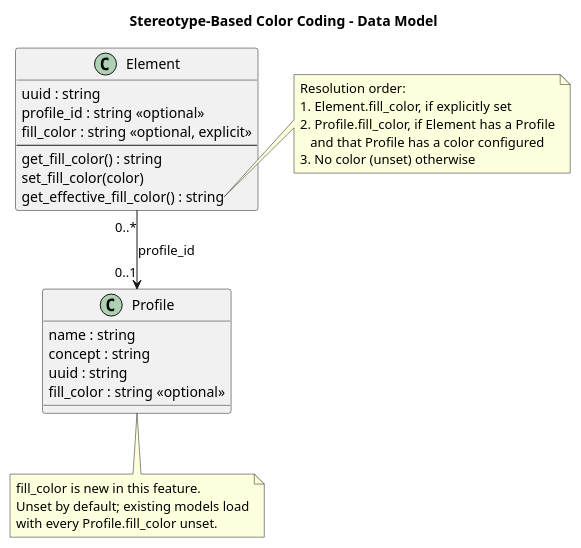
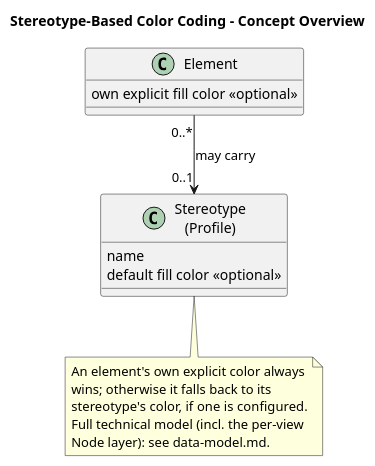
Before and after one commit to pyArchimate/pyArchimate: the sixth of 7 diagrams in specs/017-stereotype-colors/spec.md, drawn with PlantUML. The commit also changed other lines of this file, not shown here.

Commit message:
docs(specs): clarify profile identity for Exchange XML persistence
Resolve the one real ambiguity found during /speckit-clarify: two
distinct stereotypes can share the same name but specialize different
concept types (profiles are keyed by UUID, not name, in model.py).
Persist the stereotype's UUID alongside name/concept/color in the new
Open Group Exchange XML persistence (FR-010), matching how the
Archi-native format already keys <profile> by id, so same-named
stereotypes are never merged or lost on round-trip.

Also simplifies spec.md's two "Supporting" diagrams back to a
conceptual Stereotype/Element view (no Node layer, no method
signatures) and links to data-model.md as the authoritative technical
model, removing the diagram duplication between the two documents.

````diff
--- a/specs/017-stereotype-colors/spec.md
+++ b/specs/017-stereotype-colors/spec.md
@@ -276,38 +285,24 @@
 ```plantuml
 @startuml
-title Stereotype-Based Color Coding - Data Model
+title Stereotype-Based Color Coding - Concept Overview
 
-class Profile {
-  name : string
-  concept : string
-  uuid : string
-  fill_color : string <<optional>>
+class "Stereotype\n(Profile)" as Profile {
+  name
+  default fill color <<optional>>
 }
 
-class Element {
-  uuid : string
-  profile_id : string <<optional>>
-  fill_color : string <<optional, explicit>>
-  --
-  get_fill_color() : string
-  set_fill_color(color)
-  get_effective_fill_color() : string
+class "Element" as Element {
+  own explicit fill color <<optional>>
 }
 
-Element "0..*" --> "0..1" Profile : profile_id
-
-note right of Element::get_effective_fill_color
-  Resolution order:
-  1. Element.fill_color, if explicitly set
-  2. Profile.fill_color, if Element has a Profile
-     and that Profile has a color configured
-  3. No color (unset) otherwise
-end note
+Element "0..*" --> "0..1" Profile : may carry
 
 note bottom of Profile
-  fill_color is new in this feature.
-  Unset by default; existing models load
-  with every Profile.fill_color unset.
+  An element's own explicit color always
+  wins; otherwise it falls back to its
+  stereotype's color, if one is configured.
+  Full technical model (incl. the per-view
+  Node layer): see data-model.md.
 end note
 @enduml
 ```
````
